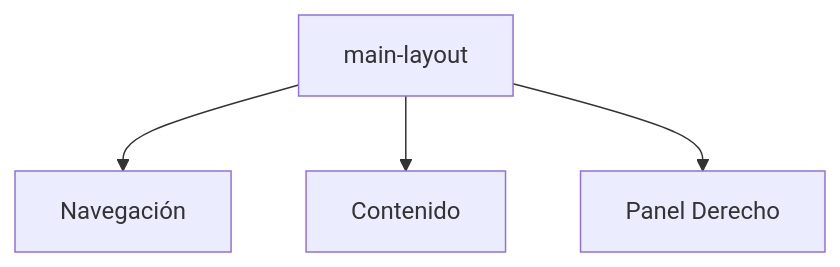
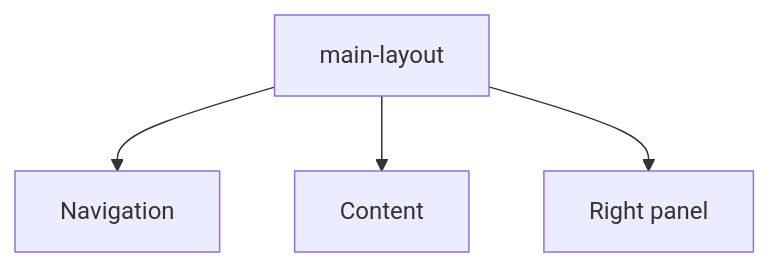
Before and after one commit to gvastethecreator/media-manager: the diagram in src/components/layout/README.md, drawn with Mermaid. The commit also changed other lines of this file and 104 other files, not shown here.

Commit message:
docs: initialize comprehensive architectural documentation and component-level README files across the repository.

````diff
--- a/src/components/layout/README.md
+++ b/src/components/layout/README.md
@@ -10,6 +10,6 @@
 ```mermaid
 flowchart TD
-    A[main-layout] --> B[Navegación]
-    A --> C[Contenido]
-    A --> D[Panel Derecho]
+    A[main-layout] --> B[Navigation]
+    A --> C[Content]
+    A --> D[Right panel]
 ```
````
